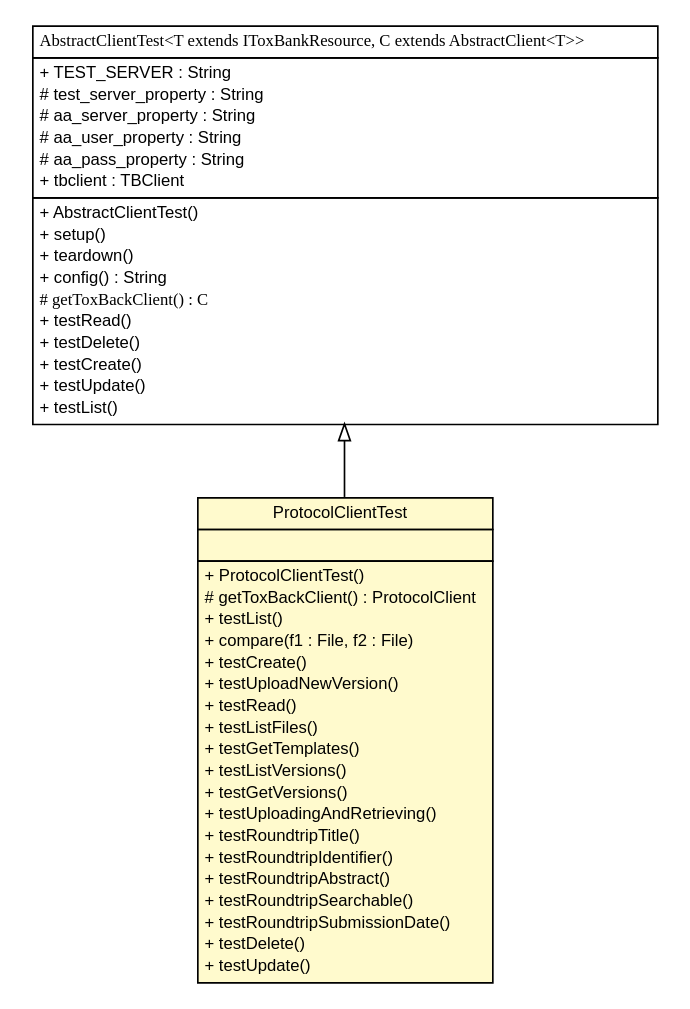
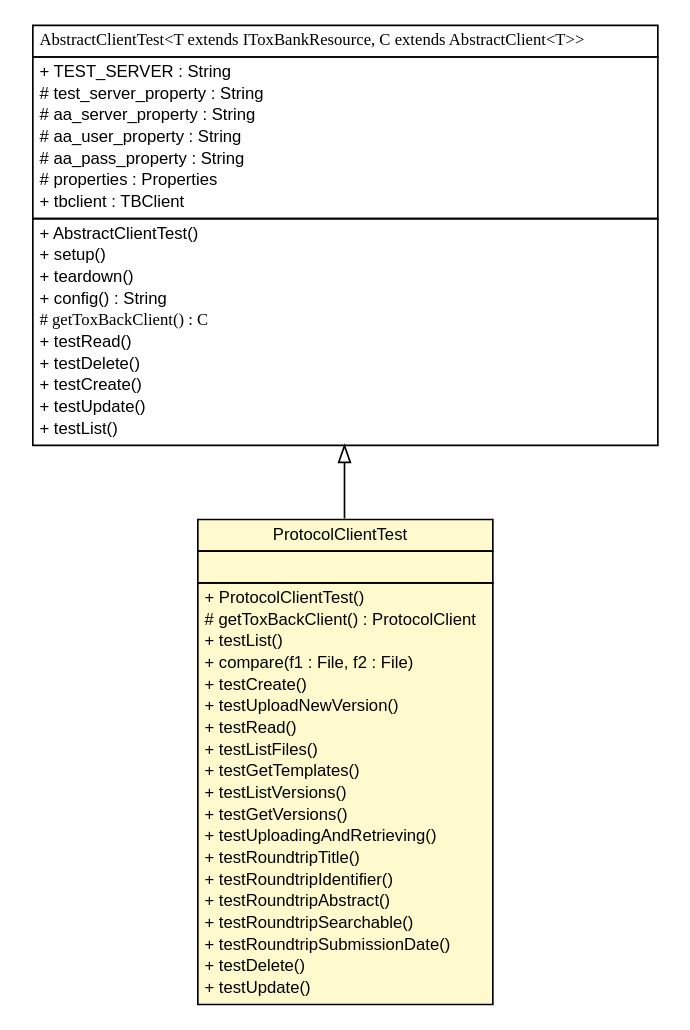
The diagram in testapidocs/net/toxbank/client/resource/ProtocolClientTest.dot (ToxBank/toxbank-api-client), drawn with Graphviz before and after one commit. The commit also changed 151 other files, not shown here.

```diff
--- a/testapidocs/net/toxbank/client/resource/ProtocolClientTest.dot
+++ b/testapidocs/net/toxbank/client/resource/ProtocolClientTest.dot
@@ -1,68 +1,69 @@
 #!/usr/local/bin/dot
 #
 # Class diagram 
 # Generated by UmlGraph version 4.6 (http://www.spinellis.gr/sw/umlgraph)
 #
 
 digraph G {
 	edge [fontname="arial",fontsize=10,labelfontname="arial",labelfontsize=10];
 	node [fontname="arial",fontsize=10,shape=plaintext];
 	// net.toxbank.client.resource.ProtocolClientTest
 	c58 [label=<<table border="0" cellborder="1" cellspacing="0" cellpadding="2" port="p" bgcolor="lemonChiffon" href="./ProtocolClientTest.html">
 		<tr><td><table border="0" cellspacing="0" cellpadding="1">
 			<tr><td> ProtocolClientTest </td></tr>
 		</table></td></tr>
 		<tr><td><table border="0" cellspacing="0" cellpadding="1">
 			<tr><td align="left">  </td></tr>
 		</table></td></tr>
 		<tr><td><table border="0" cellspacing="0" cellpadding="1">
 			<tr><td align="left"> + ProtocolClientTest() </td></tr>
 			<tr><td align="left"> # getToxBackClient() : ProtocolClient </td></tr>
 			<tr><td align="left"> + testList() </td></tr>
 			<tr><td align="left"> + compare(f1 : File, f2 : File) </td></tr>
 			<tr><td align="left"> + testCreate() </td></tr>
 			<tr><td align="left"> + testUploadNewVersion() </td></tr>
 			<tr><td align="left"> + testRead() </td></tr>
 			<tr><td align="left"> + testListFiles() </td></tr>
 			<tr><td align="left"> + testGetTemplates() </td></tr>
 			<tr><td align="left"> + testListVersions() </td></tr>
 			<tr><td align="left"> + testGetVersions() </td></tr>
 			<tr><td align="left"> + testUploadingAndRetrieving() </td></tr>
 			<tr><td align="left"> + testRoundtripTitle() </td></tr>
 			<tr><td align="left"> + testRoundtripIdentifier() </td></tr>
 			<tr><td align="left"> + testRoundtripAbstract() </td></tr>
 			<tr><td align="left"> + testRoundtripSearchable() </td></tr>
 			<tr><td align="left"> + testRoundtripSubmissionDate() </td></tr>
 			<tr><td align="left"> + testDelete() </td></tr>
 			<tr><td align="left"> + testUpdate() </td></tr>
 		</table></td></tr>
 		</table>>, fontname="arial", fontcolor="black", fontsize=10.0];
 	// net.toxbank.client.resource.AbstractClientTest<T extends net.toxbank.client.resource.IToxBankResource, C extends net.toxbank.client.resource.AbstractClient<T>>
 	c65 [label=<<table border="0" cellborder="1" cellspacing="0" cellpadding="2" port="p" href="./AbstractClientTest.html">
 		<tr><td><table border="0" cellspacing="0" cellpadding="1">
 			<tr><td><font face="ariali"> AbstractClientTest&lt;T extends IToxBankResource, C extends AbstractClient&lt;T&gt;&gt; </font></td></tr>
 		</table></td></tr>
 		<tr><td><table border="0" cellspacing="0" cellpadding="1">
 			<tr><td align="left"> + TEST_SERVER : String </td></tr>
 			<tr><td align="left"> # test_server_property : String </td></tr>
 			<tr><td align="left"> # aa_server_property : String </td></tr>
 			<tr><td align="left"> # aa_user_property : String </td></tr>
 			<tr><td align="left"> # aa_pass_property : String </td></tr>
+			<tr><td align="left"> # properties : Properties </td></tr>
 			<tr><td align="left"> + tbclient : TBClient </td></tr>
 		</table></td></tr>
 		<tr><td><table border="0" cellspacing="0" cellpadding="1">
 			<tr><td align="left"> + AbstractClientTest() </td></tr>
 			<tr><td align="left"> + setup() </td></tr>
 			<tr><td align="left"> + teardown() </td></tr>
 			<tr><td align="left"> + config() : String </td></tr>
 			<tr><td align="left"><font face="ariali" point-size="10.0"> # getToxBackClient() : C </font></td></tr>
 			<tr><td align="left"> + testRead() </td></tr>
 			<tr><td align="left"> + testDelete() </td></tr>
 			<tr><td align="left"> + testCreate() </td></tr>
 			<tr><td align="left"> + testUpdate() </td></tr>
 			<tr><td align="left"> + testList() </td></tr>
 		</table></td></tr>
 		</table>>, fontname="arial", fontcolor="black", fontsize=10.0];
 	//net.toxbank.client.resource.ProtocolClientTest extends net.toxbank.client.resource.AbstractClientTest<net.toxbank.client.resource.Protocol, net.toxbank.client.resource.ProtocolClient>
 	c65:p -> c58:p [dir=back,arrowtail=empty];
 }
```
